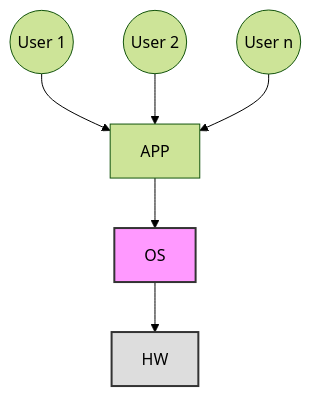
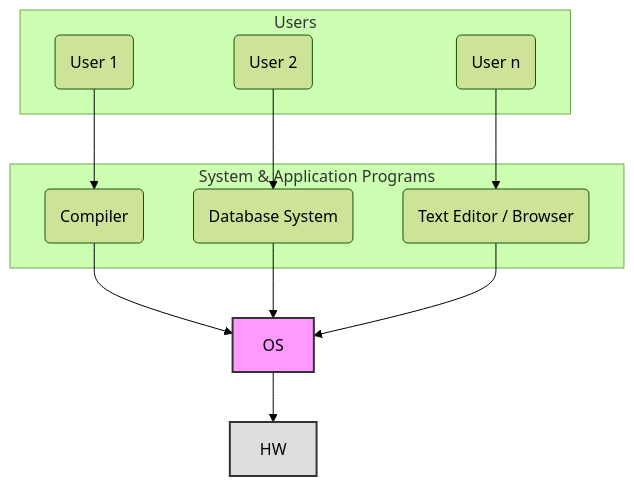
One commit to rakeshvytla9/gk-notes changed the first of 4 diagrams in os.md. Above: the diagram before and after it, drawn with Mermaid (forest theme). The commit also changed other lines of this file, not shown here.

````diff
--- a/os.md
+++ b/os.md
@@ -27,11 +29,28 @@
 ```mermaid
 graph TD
-    U1((User 1)) --> APP
-    U2((User 2)) --> APP
-    U3((User n)) --> APP
-    APP --> OS
+    subgraph Users
+        U1(User 1)
+        U2(User 2)
+        Un(User n)
+    end
+    
+    subgraph System & Application Programs
+        comp(Compiler)
+        db(Database System)
+        ed(Text Editor / Browser)
+    end
+    
+    OS
+    HW
+
+    U1 --> comp
+    U2 --> db
+    Un --> ed
+    comp --> OS
+    db --> OS
+    ed --> OS
     OS --> HW
-    
+
     style OS fill:#f9f,stroke:#333,stroke-width:2px
     style HW fill:#ddd,stroke:#333,stroke-width:2px
 ```
````
